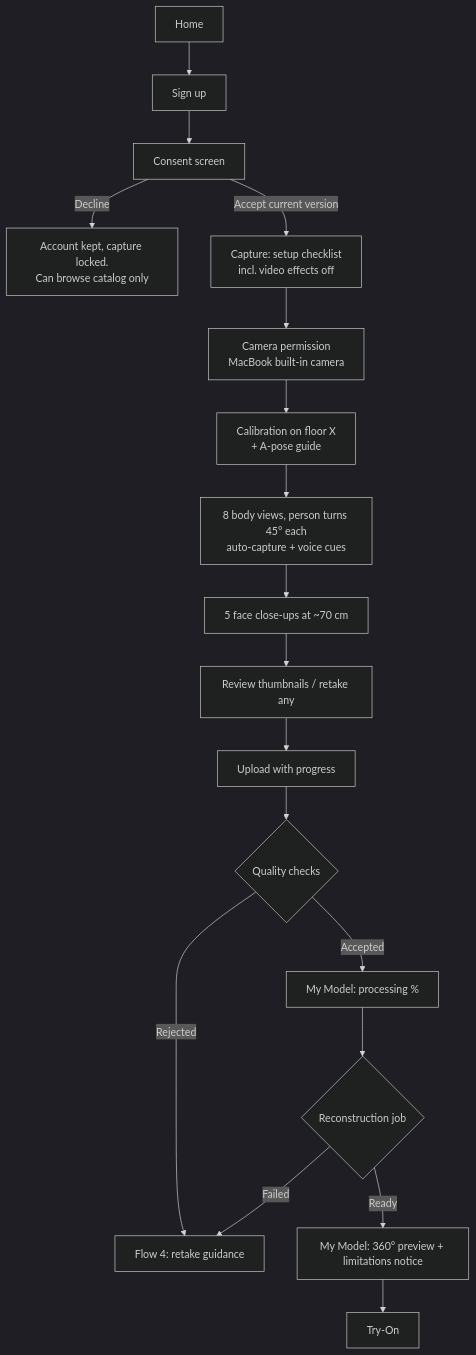
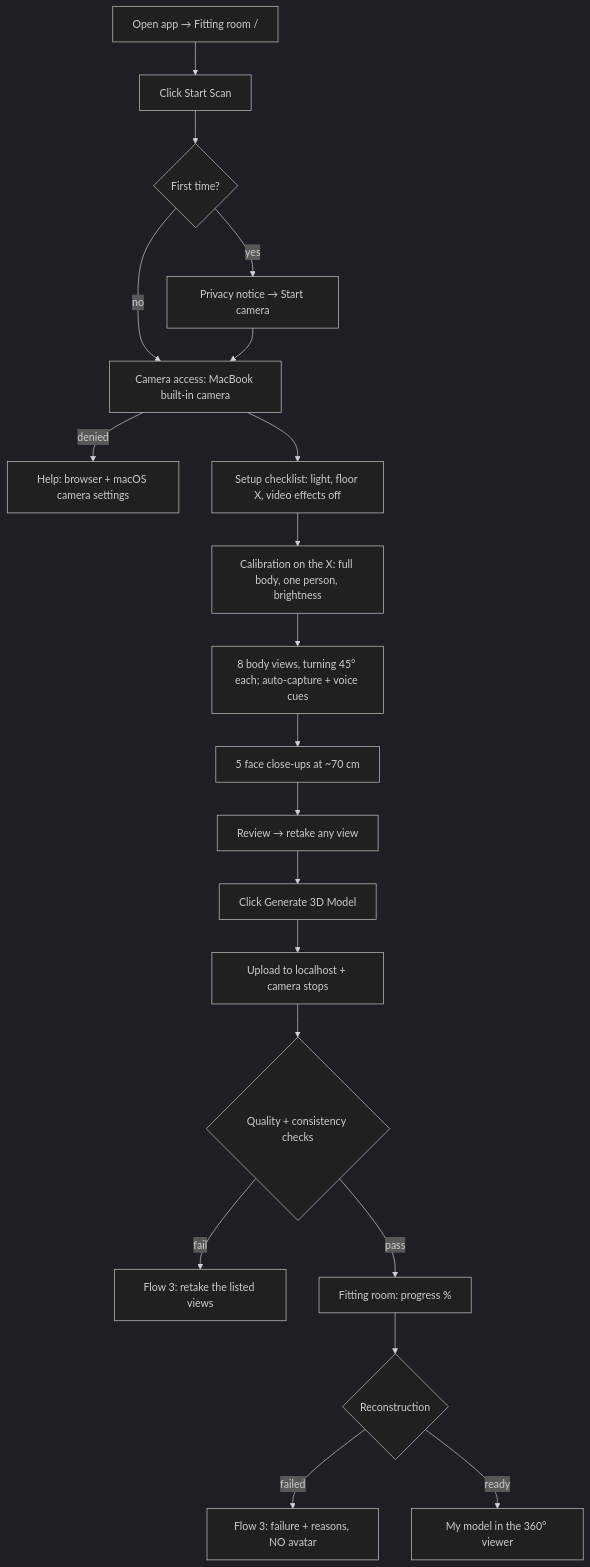
One commit to Sreanghourhy/AI-Powered-3D-Virtual-Fitting-Room changed the first of 4 diagrams in docs/user-flows.md. Above: the diagram before and after it, drawn with Mermaid (dark theme). The commit also changed other lines of this file and 30 other files, not shown here.

````diff
--- a/docs/user-flows.md
+++ b/docs/user-flows.md
@@ -9,20 +9,22 @@
 ```mermaid
 flowchart TD
-    A[Home] --> B[Sign up]
-    B --> C[Consent screen]
-    C -- Decline --> C1[Account kept, capture locked.<br/>Can browse catalog only]
-    C -- Accept current version --> D[Capture: setup checklist<br/>incl. video effects off]
-    D --> D2[Camera permission<br/>MacBook built-in camera]
-    D2 --> E[Calibration on floor X<br/>+ A-pose guide]
-    E --> F[8 body views, person turns 45° each<br/>auto-capture + voice cues]
-    F --> F2[5 face close-ups at ~70 cm]
-    F2 --> G[Review thumbnails / retake any]
-    G --> H[Upload with progress]
-    H --> I{Quality checks}
-    I -- Rejected --> R[Flow 4: retake guidance]
-    I -- Accepted --> J[My Model: processing %]
-    J --> K{Reconstruction job}
-    K -- Failed --> R
-    K -- Ready --> L[My Model: 360° preview + limitations notice]
-    L --> M[Try-On]
+    A[Open app → Fitting room /] --> B[Click Start Scan]
+    B --> N{First time?}
+    N -- yes --> P[Privacy notice → Start camera]
+    N -- no --> C
+    P --> C[Camera access: MacBook built-in camera]
+    C -- denied --> X[Help: browser + macOS camera settings]
+    C --> D[Setup checklist: light, floor X, video effects off]
+    D --> E[Calibration on the X: full body, one person, brightness]
+    E --> F[8 body views, turning 45° each; auto-capture + voice cues]
+    F --> G[5 face close-ups at ~70 cm]
+    G --> H[Review → retake any view]
+    H --> I[Click Generate 3D Model]
+    I --> J[Upload to localhost + camera stops]
+    J --> K{Quality + consistency checks}
+    K -- fail --> R[Flow 3: retake the listed views]
+    K -- pass --> L[Fitting room: progress %]
+    L --> M{Reconstruction}
+    M -- failed --> F2[Flow 3: failure + reasons, NO avatar]
+    M -- ready --> V[My model in the 360° viewer]
 ```
````
